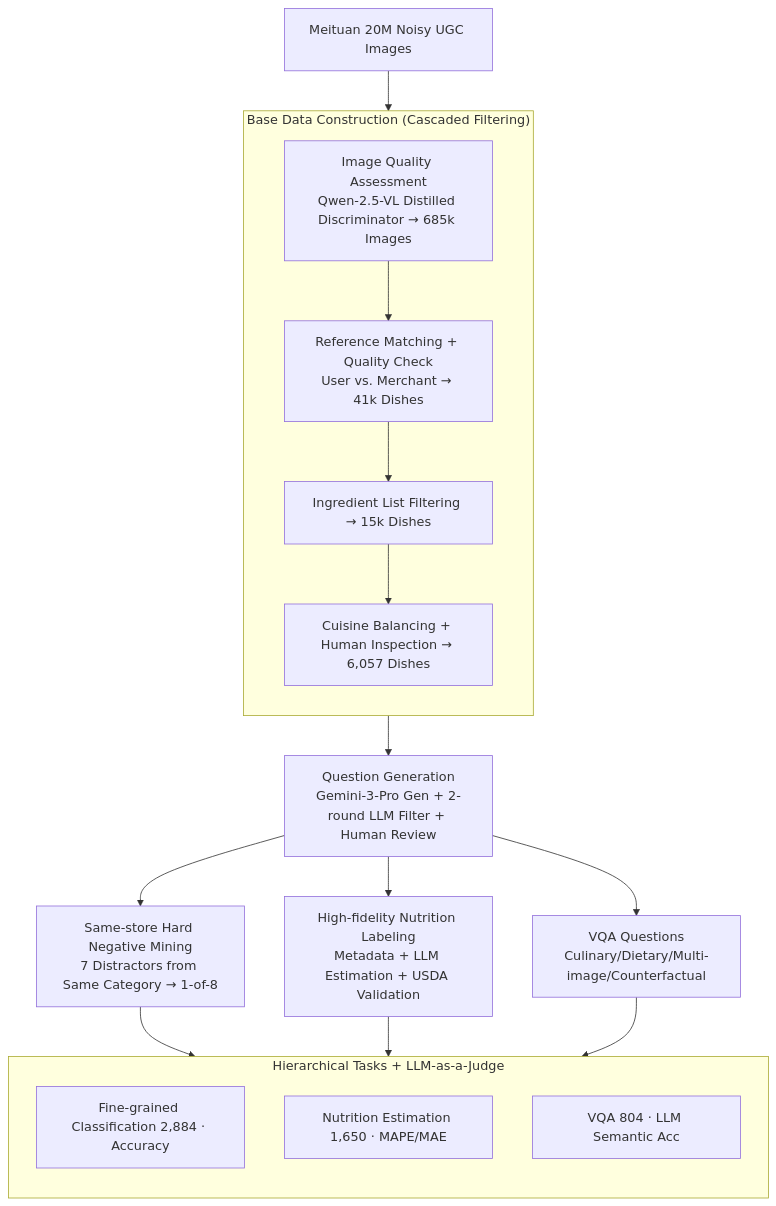
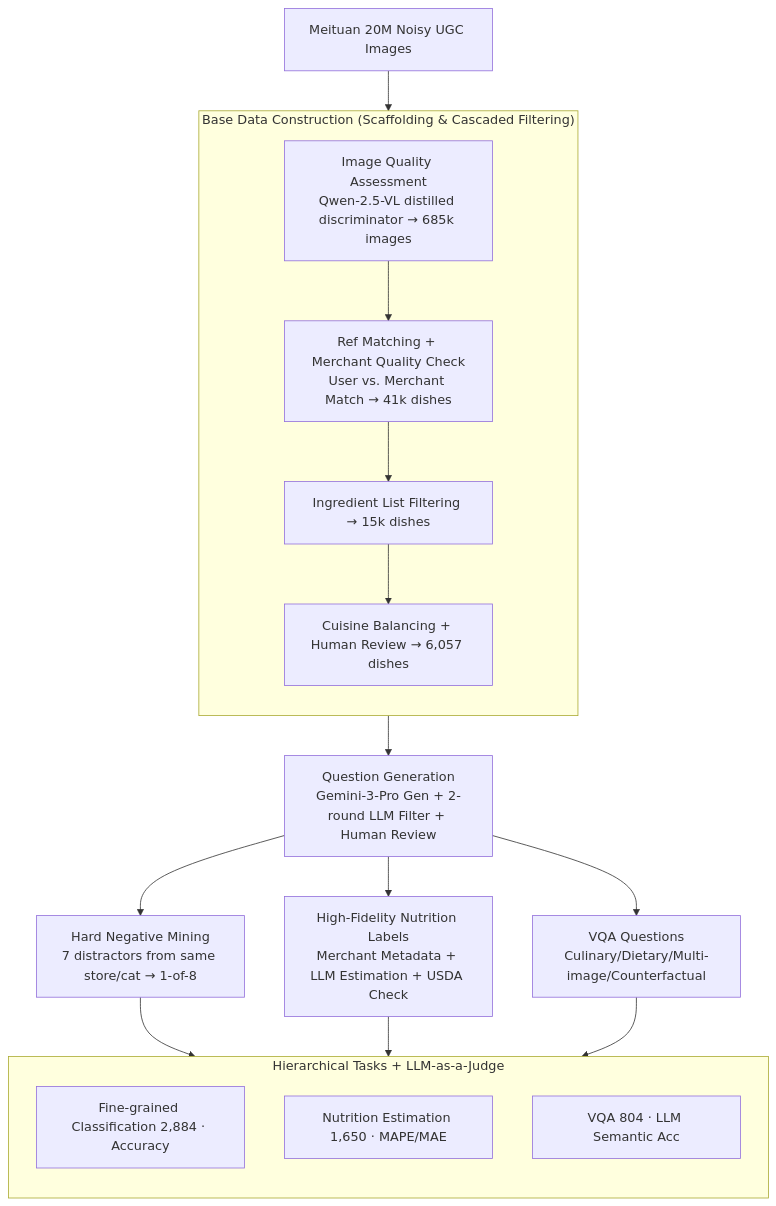
One commit to zhaoyang97/Paper-Notes-en changed the diagram in docs/ACL2026/llm_evaluation/diningbench_a_hierarchical_multi-view_benchmark_for_perception_and_reasoning_in_.md. Above: the diagram before and after it, drawn with Mermaid. The commit also changed other lines of this file and 5084 other files, not shown here.

````diff
--- a/docs/ACL2026/llm_evaluation/diningbench_a_hierarchical_multi-view_benchmark_for_perception_and_reasoning_in_.md
+++ b/docs/ACL2026/llm_evaluation/diningbench_a_hierarchical_multi-view_benchmark_for_perception_and_reasoning_in_.md
@@ -45,23 +45,23 @@
 ```mermaid
 graph TD
     A["Meituan 20M Noisy UGC Images"] --> BASE
-    subgraph BASE["Base Data Construction (Cascaded Filtering)"]
+    subgraph BASE["Base Data Construction (Scaffolding & Cascaded Filtering)"]
         direction TB
-        B["Image Quality Assessment<br/>Qwen-2.5-VL Distilled Discriminator → 685k Images"] --> C["Reference Matching + Quality Check<br/>User vs. Merchant → 41k Dishes"]
-        C --> D["Ingredient List Filtering → 15k Dishes"]
-        D --> E["Cuisine Balancing + Human Inspection → 6,057 Dishes"]
+        B["Image Quality Assessment<br/>Qwen-2.5-VL distilled discriminator → 685k images"] --> C["Ref Matching + Merchant Quality Check<br/>User vs. Merchant Match → 41k dishes"]
+        C --> D["Ingredient List Filtering → 15k dishes"]
+        D --> E["Cuisine Balancing + Human Review → 6,057 dishes"]
     end
     BASE --> F["Question Generation<br/>Gemini-3-Pro Gen + 2-round LLM Filter + Human Review"]
-    F --> G1["Same-store Hard Negative Mining<br/>7 Distractors from Same Category → 1-of-8"]
-    F --> G2["High-fidelity Nutrition Labeling<br/>Metadata + LLM Estimation + USDA Validation"]
+    F --> G1["Hard Negative Mining<br/>7 distractors from same store/cat → 1-of-8"]
+    F --> G2["High-Fidelity Nutrition Labels<br/>Merchant Metadata + LLM Estimation + USDA Check"]
     F --> G3["VQA Questions<br/>Culinary/Dietary/Multi-image/Counterfactual"]
     subgraph EVAL["Hierarchical Tasks + LLM-as-a-Judge"]
         direction TB
         H1["Fine-grained Classification 2,884 · Accuracy"]
         H2["Nutrition Estimation 1,650 · MAPE/MAE"]
         H3["VQA 804 · LLM Semantic Acc"]
     end
     G1 --> H1
     G2 --> H2
     G3 --> H3
 ```
````
